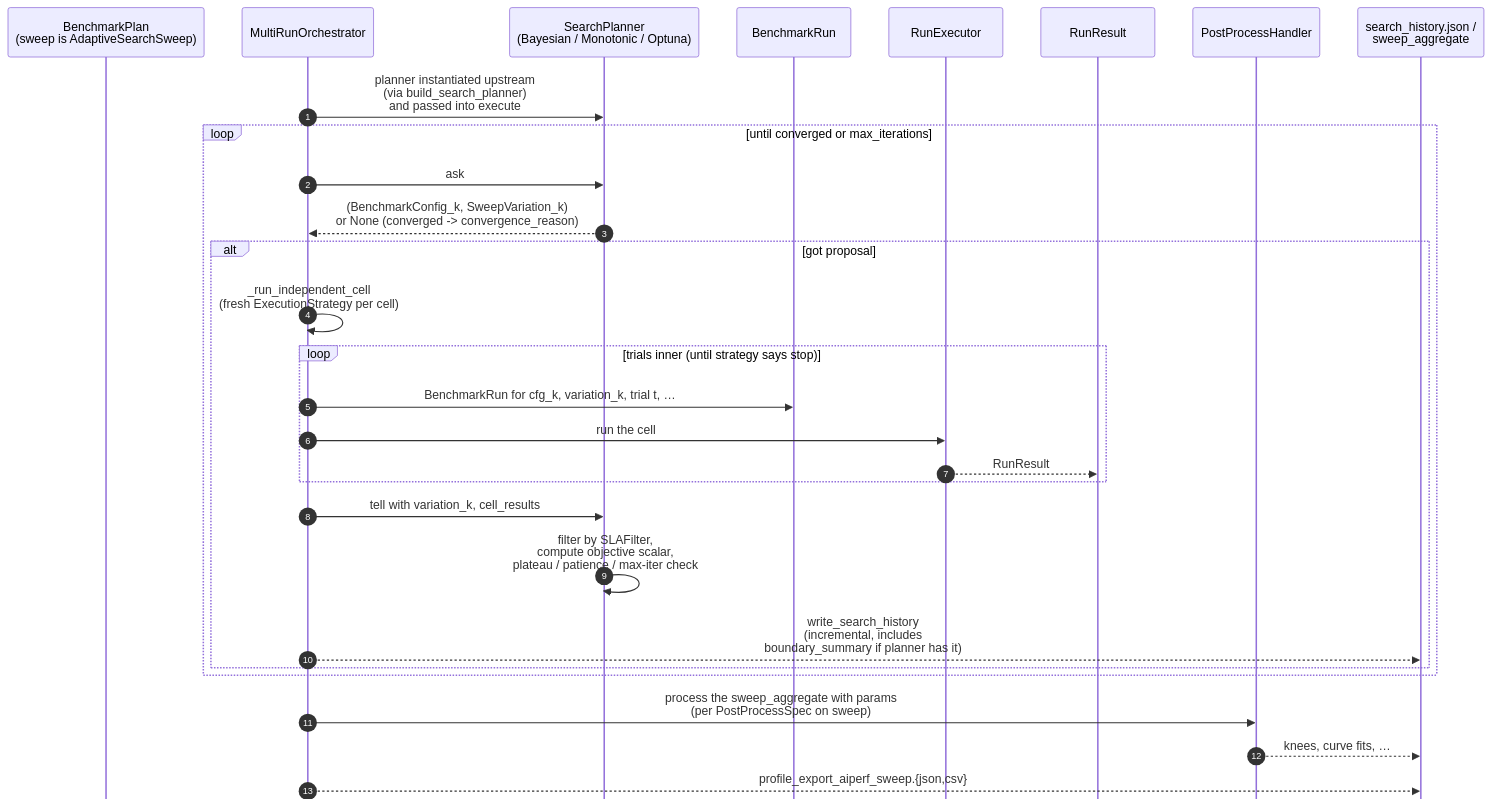
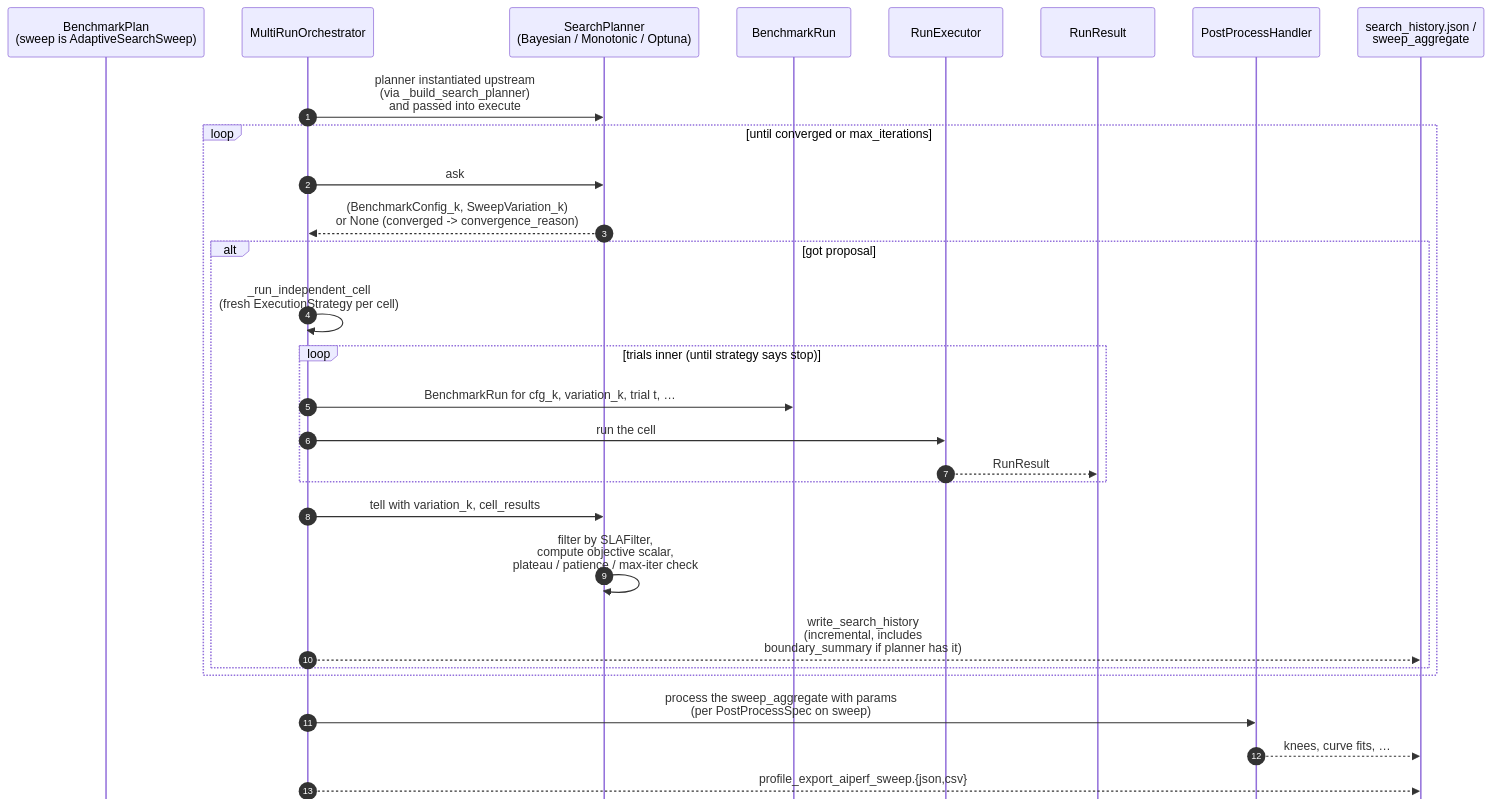
Diagram 31 of 35 in docs/dev/sweep-orchestrator.md (ai-dynamo/aiperf), drawn with Mermaid before and after one commit. The commit also changed other lines of this file and 197 other files, not shown here.

````diff
--- a/docs/dev/sweep-orchestrator.md
+++ b/docs/dev/sweep-orchestrator.md
@@ -1937,35 +1929,35 @@
 ```mermaid
 %%{init: {'sequence': {'mirrorActors': false}, 'themeVariables': {'fontSize': '14px'}}}%%
 sequenceDiagram
     autonumber
     participant Plan as BenchmarkPlan<br/>(sweep is AdaptiveSearchSweep)
     participant Orch as MultiRunOrchestrator
     participant Pl as SearchPlanner<br/>(Bayesian / Monotonic / Optuna)
     participant Run as BenchmarkRun
     participant Exec as RunExecutor
     participant Res as RunResult
     participant PP as PostProcessHandler
     participant Out as search_history.json /<br/>sweep_aggregate
 
-    Orch->>Pl: planner instantiated upstream<br/>(via build_search_planner)<br/>and passed into execute
+    Orch->>Pl: planner instantiated upstream<br/>(via _build_search_planner)<br/>and passed into execute
 
     loop until converged or max_iterations
         Orch->>Pl: ask
         Pl-->>Orch: (BenchmarkConfig_k, SweepVariation_k)<br/>or None (converged -> convergence_reason)
         alt got proposal
             Orch->>Orch: _run_independent_cell<br/>(fresh ExecutionStrategy per cell)
             loop trials inner (until strategy says stop)
                 Orch->>Run: BenchmarkRun for cfg_k, variation_k, trial t, …
                 Orch->>Exec: run the cell
                 Exec-->>Res: RunResult
             end
             Orch->>Pl: tell with variation_k, cell_results
             Pl->>Pl: filter by SLAFilter,<br/>compute objective scalar,<br/>plateau / patience / max-iter check
             Orch-->>Out: write_search_history<br/>(incremental, includes<br/>boundary_summary if planner has it)
         end
     end
 
     Orch->>PP: process the sweep_aggregate with params<br/>(per PostProcessSpec on sweep)
     PP-->>Out: knees, curve fits, …
     Orch-->>Out: profile_export_aiperf_sweep.{json,csv}
 ```
````
